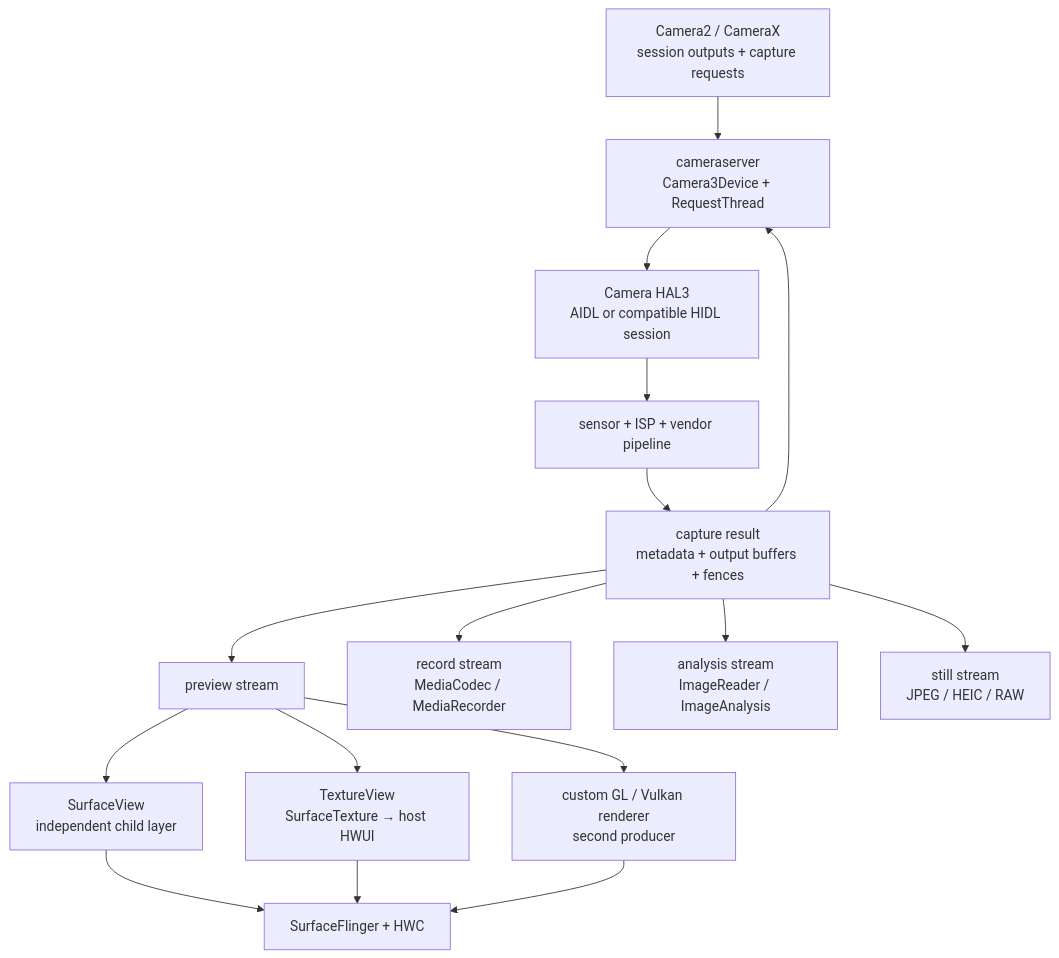
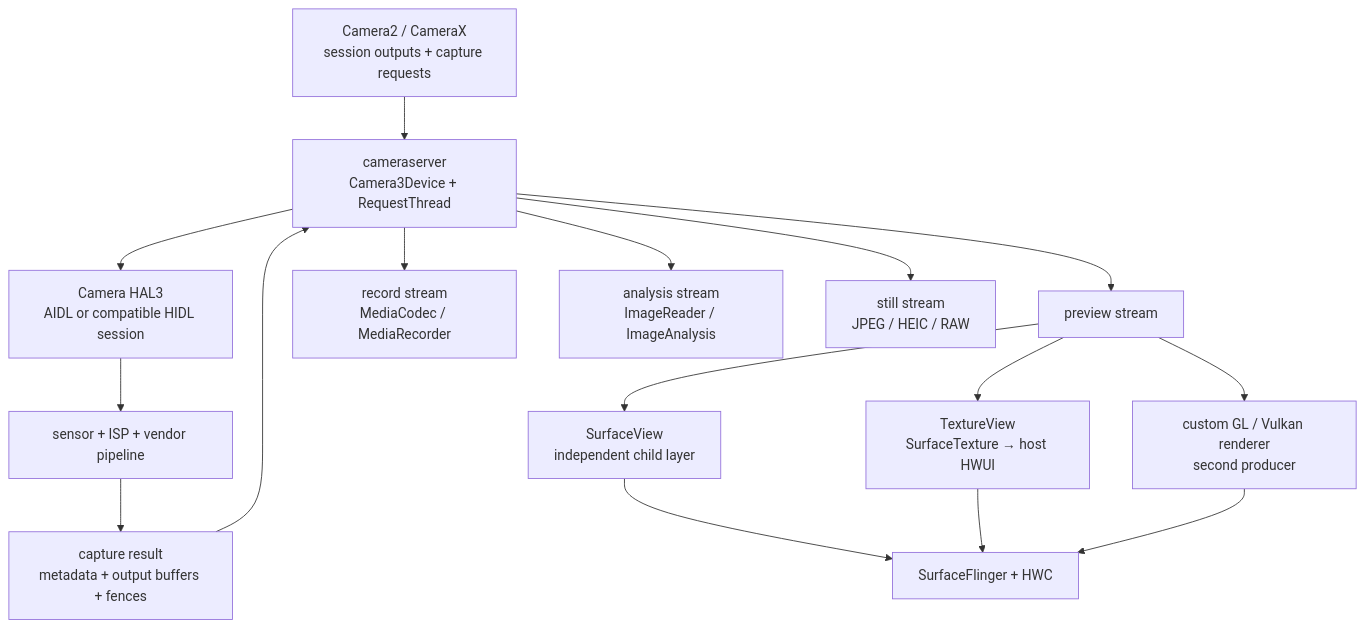
One commit to Gracker/android-internals-wiki changed the diagram in src/part3-tools/ch15-other-tools/14-camera-performance-analysis.md. Above: the diagram before and after it, drawn with Mermaid. The commit also changed other lines of this file and 196 other files, not shown here.

````diff
--- a/src/part3-tools/ch15-other-tools/14-camera-performance-analysis.md
+++ b/src/part3-tools/ch15-other-tools/14-camera-performance-analysis.md
@@ -139,26 +140,26 @@
 ```mermaid
 flowchart TD
     App["Camera2 / CameraX<br/>session outputs + capture requests"]
     Server["cameraserver<br/>Camera3Device + RequestThread"]
     HAL["Camera HAL3<br/>AIDL or compatible HIDL session"]
     Sensor["sensor + ISP + vendor pipeline"]
     Result["capture result<br/>metadata + output buffers + fences"]
     Preview["preview stream"]
     Record["record stream<br/>MediaCodec / MediaRecorder"]
     Analysis["analysis stream<br/>ImageReader / ImageAnalysis"]
     Still["still stream<br/>JPEG / HEIC / RAW"]
     SV["SurfaceView<br/>independent child layer"]
     TV["TextureView<br/>SurfaceTexture → host HWUI"]
     Custom["custom GL / Vulkan renderer<br/>second producer"]
     SF["SurfaceFlinger + HWC"]
 
     App --> Server --> HAL --> Sensor --> Result
     Result --> Server
-    Result --> Preview
-    Result --> Record
-    Result --> Analysis
-    Result --> Still
+    Server --> Preview
+    Server --> Record
+    Server --> Analysis
+    Server --> Still
     Preview --> SV --> SF
     Preview --> TV --> SF
     Preview --> Custom --> SF
 ```
````
